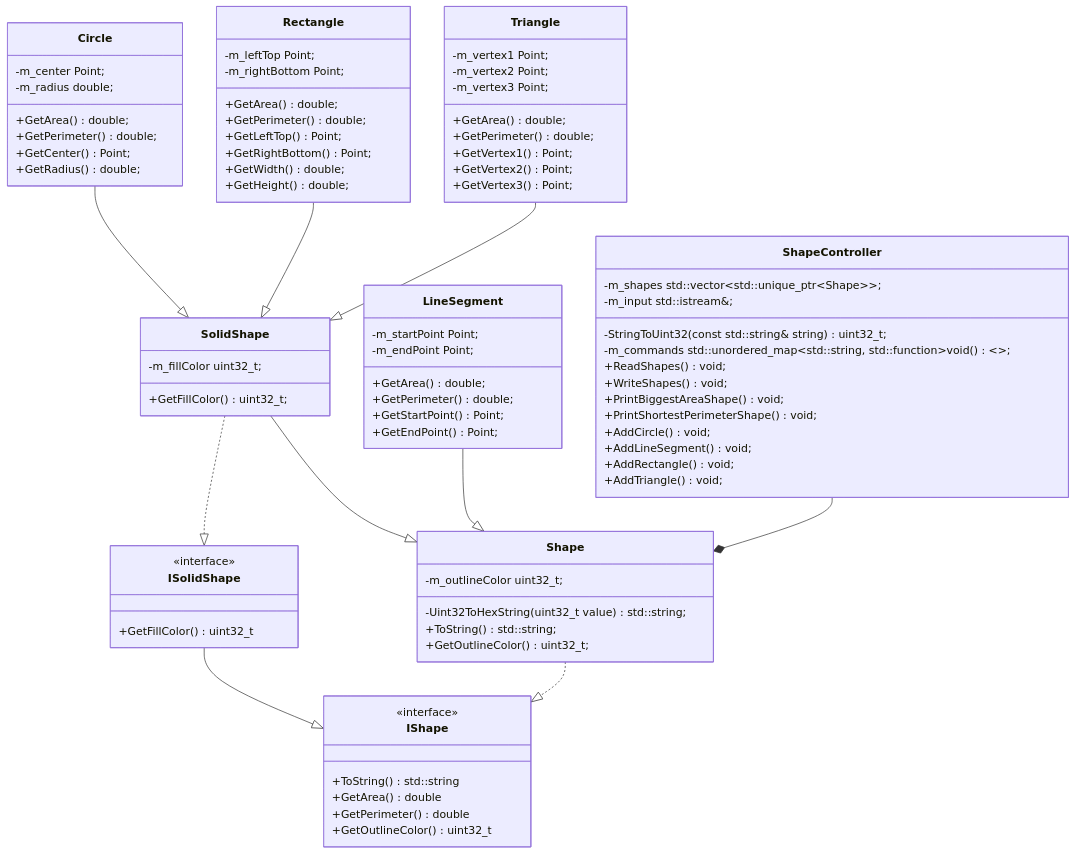
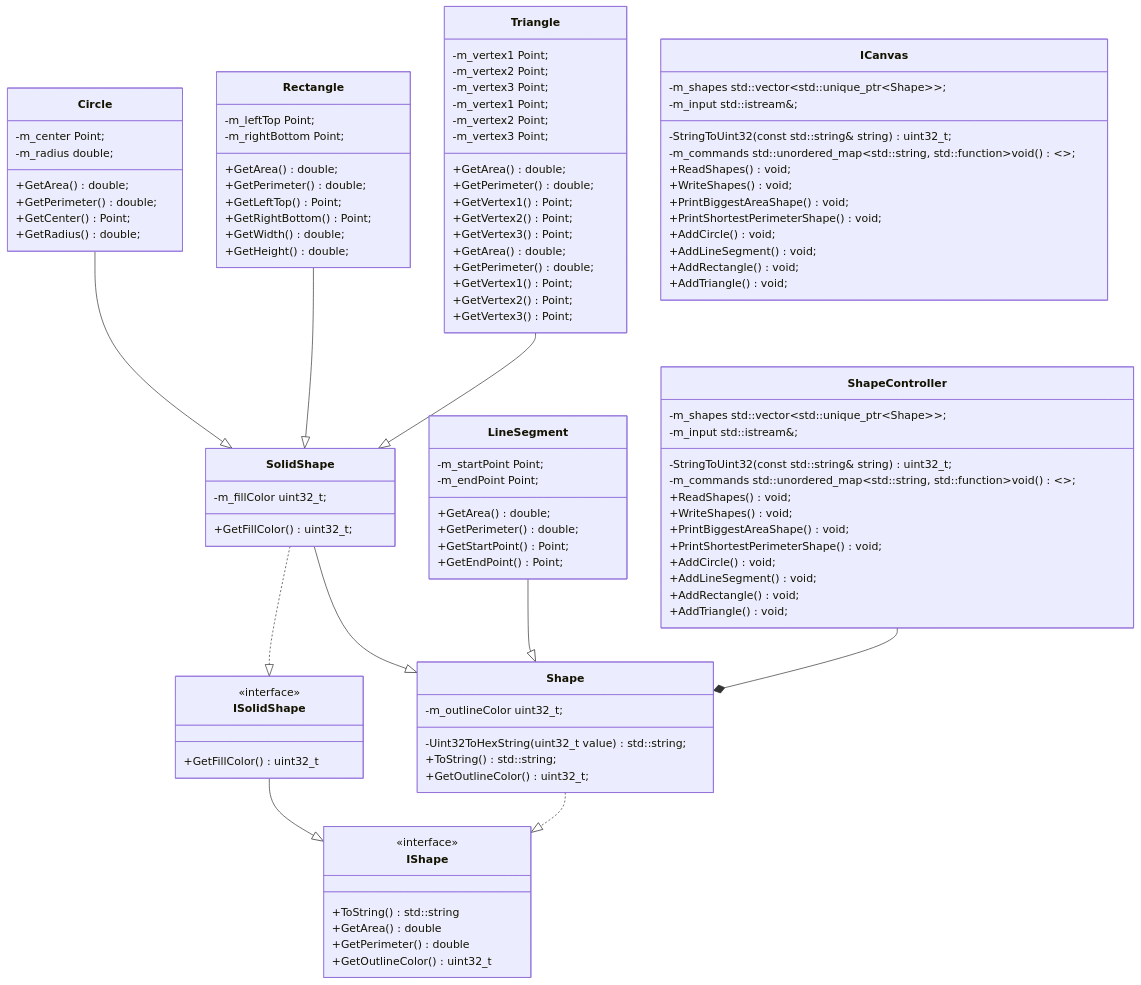
The diagram in lw4/Shapes/docs/ARHITECTURE.md (cetusw/oop), drawn with Mermaid before and after one commit. The commit also changed 18 other files, not shown here.

```diff
--- a/lw4/Shapes/docs/ARHITECTURE.md
+++ b/lw4/Shapes/docs/ARHITECTURE.md
@@ -71,6 +71,30 @@
         +AddRectangle() void;
         +AddTriangle() void;
     }
+    class Triangle {
+        -m_vertex1 Point;
+        -m_vertex2 Point;
+        -m_vertex3 Point;
+        +GetArea() double;
+        +GetPerimeter() double;
+        +GetVertex1() Point;
+        +GetVertex2() Point;
+        +GetVertex3() Point;
+    }
+    class ICanvas {
+        -StringToUint32(const std::string& string) uint32_t;
+        -m_shapes std::vector~std::unique_ptr~Shape~~;
+        -m_input std::istream&;
+        -m_commands std::unordered_map~std::string, std::function~void()~~;
+        +ReadShapes() void;
+        +WriteShapes() void;
+        +PrintBiggestAreaShape() void;
+        +PrintShortestPerimeterShape() void;
+        +AddCircle() void;
+        +AddLineSegment() void;
+        +AddRectangle() void;
+        +AddTriangle() void;
+    }
     
     Shape ..|> IShape
     SolidShape ..|> ISolidShape
```
